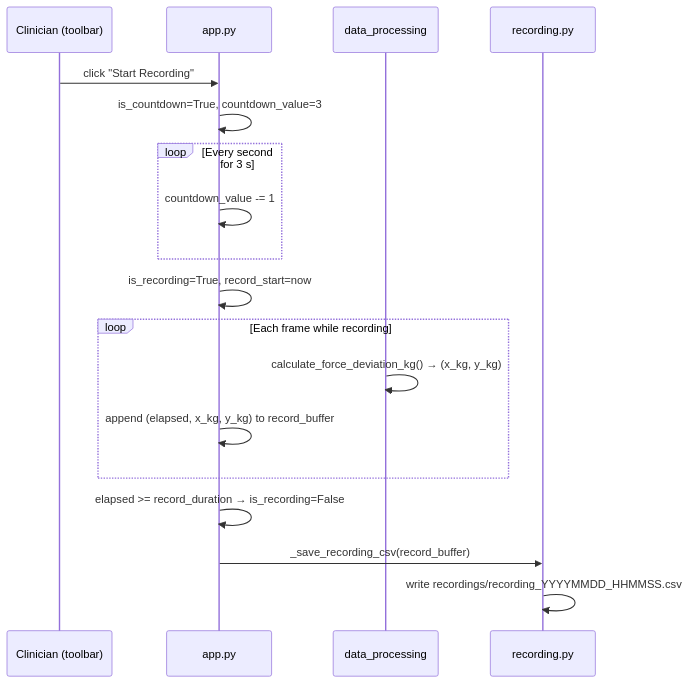
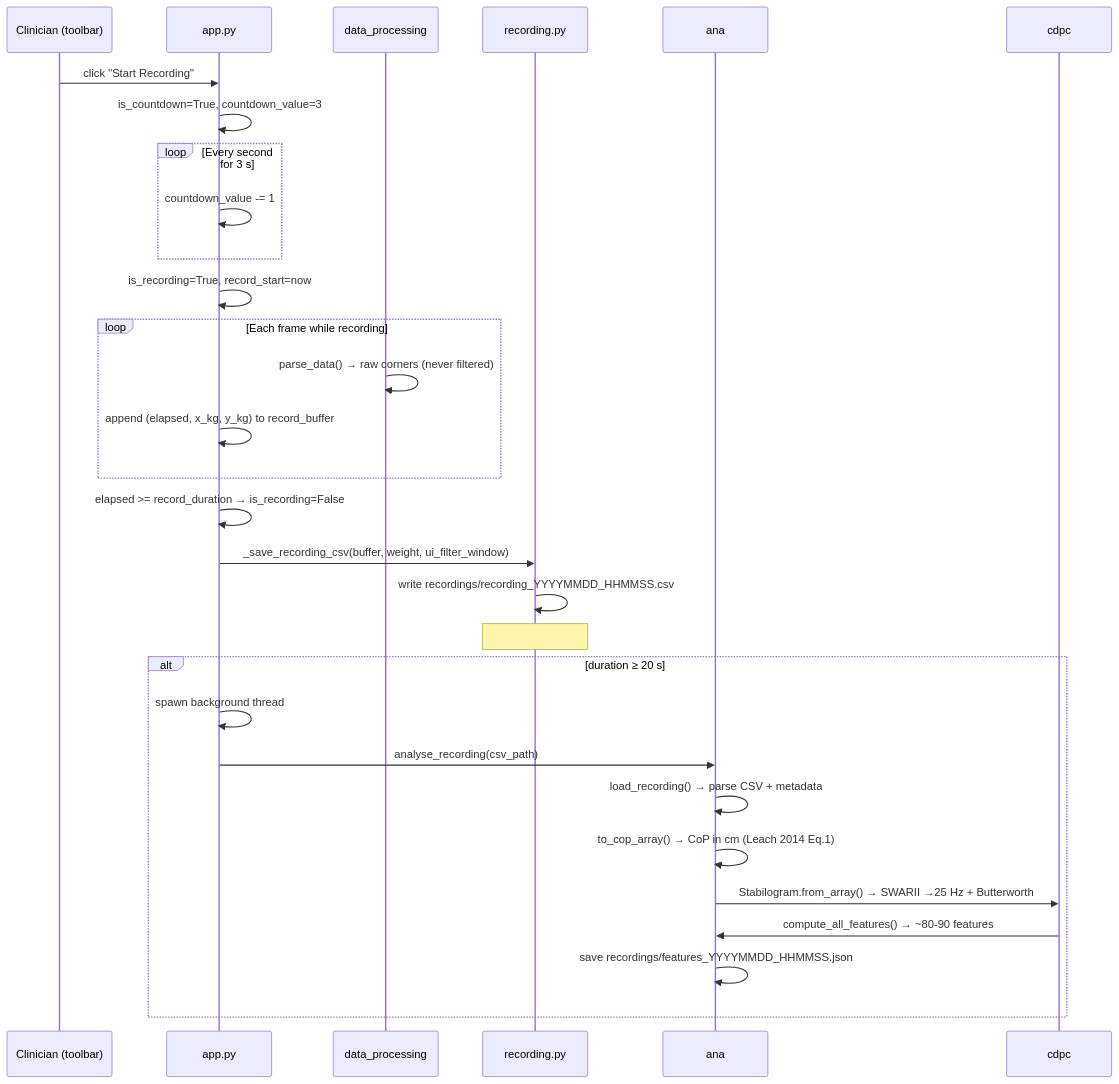
Before and after one commit to NeuroRehack/WIIBBLE: the fourth of 5 diagrams in Docs/ARCHITECTURE.md, drawn with Mermaid. The commit also changed other lines of this file, not shown here.

````diff
--- a/Docs/ARCHITECTURE.md
+++ b/Docs/ARCHITECTURE.md
@@ -103,23 +106,34 @@
 ```mermaid
 sequenceDiagram
     participant cli as Clinician (toolbar)
     participant app as app.py
     participant dp as data_processing
     participant rec as recording.py
 
     cli->>app: click "Start Recording"
     app->>app: is_countdown=True, countdown_value=3
     loop Every second for 3 s
         app->>app: countdown_value -= 1
     end
     app->>app: is_recording=True, record_start=now
 
     loop Each frame while recording
-        dp->>dp: calculate_force_deviation_kg() → (x_kg, y_kg)
+        dp->>dp: parse_data() → raw corners (never filtered)
         app->>app: append (elapsed, x_kg, y_kg) to record_buffer
     end
 
     app->>app: elapsed >= record_duration → is_recording=False
-    app->>rec: _save_recording_csv(record_buffer)
+    app->>rec: _save_recording_csv(buffer, weight, ui_filter_window)
     rec->>rec: write recordings/recording_YYYYMMDD_HHMMSS.csv
+    Note over rec: # total_weight_kg, # ui_filter_window written as metadata comments
+
+    alt duration ≥ 20 s
+        app->>app: spawn background thread
+        app->>ana: analyse_recording(csv_path)
+        ana->>ana: load_recording() → parse CSV + metadata
+        ana->>ana: to_cop_array() → CoP in cm (Leach 2014 Eq.1)
+        ana->>cdpc: Stabilogram.from_array() → SWARII →25 Hz + Butterworth
+        cdpc->>ana: compute_all_features() → ~80-90 features
+        ana->>ana: save recordings/features_YYYYMMDD_HHMMSS.json
+    end
 ```
````
